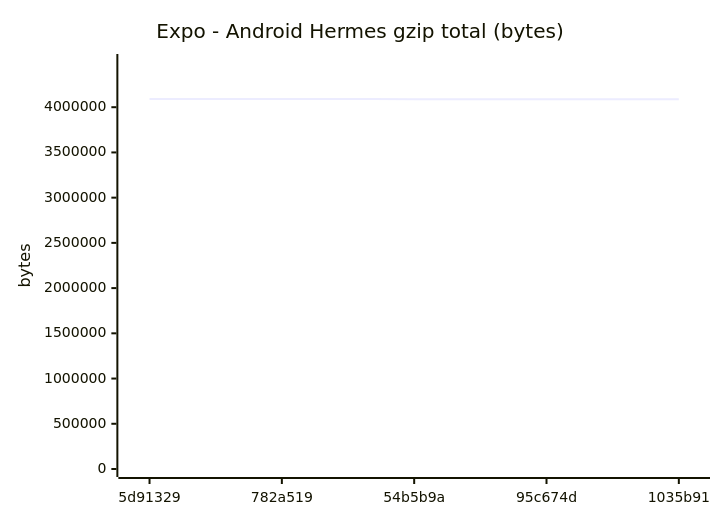
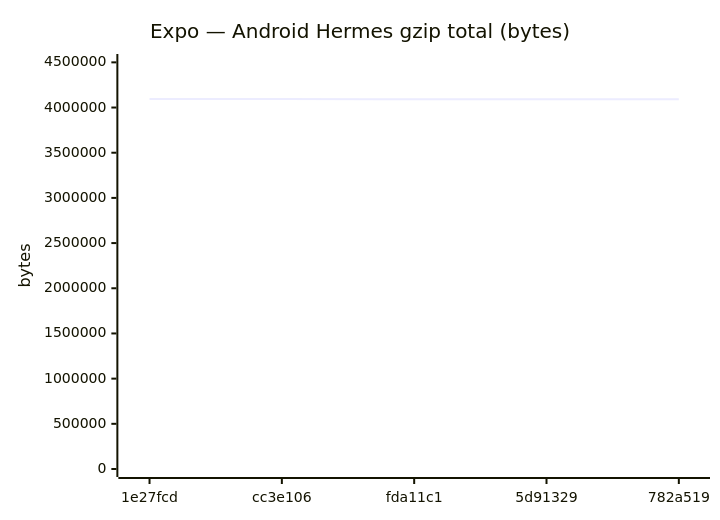
One commit to Metaheurist/Rianell changed diagram 11 of 18 in benchmarks/compare.md. Above: the diagram before and after it, drawn with Mermaid. The commit also changed other lines of this file and 12 other files, not shown here.

````diff
--- a/benchmarks/compare.md
+++ b/benchmarks/compare.md
@@ -172,7 +172,7 @@
 ```mermaid
 xychart-beta
-    title "Expo - Android Hermes gzip total (bytes)"
-    x-axis ["5d91329", "782a519", "54b5b9a", "95c674d", "1035b91"]
-    y-axis "bytes" 0 --> 4499866
-    line [4090787, 4090360, 4089313, 4088814, 4088813]
+    title "Expo — Android Hermes gzip total (bytes)"
+    x-axis ["1e27fcd", "cc3e106", "fda11c1", "5d91329", "782a519"]
+    y-axis "bytes" 0 --> 4503912
+    line [4094465, 4094465, 4090789, 4090787, 4090360]
 ```
````
